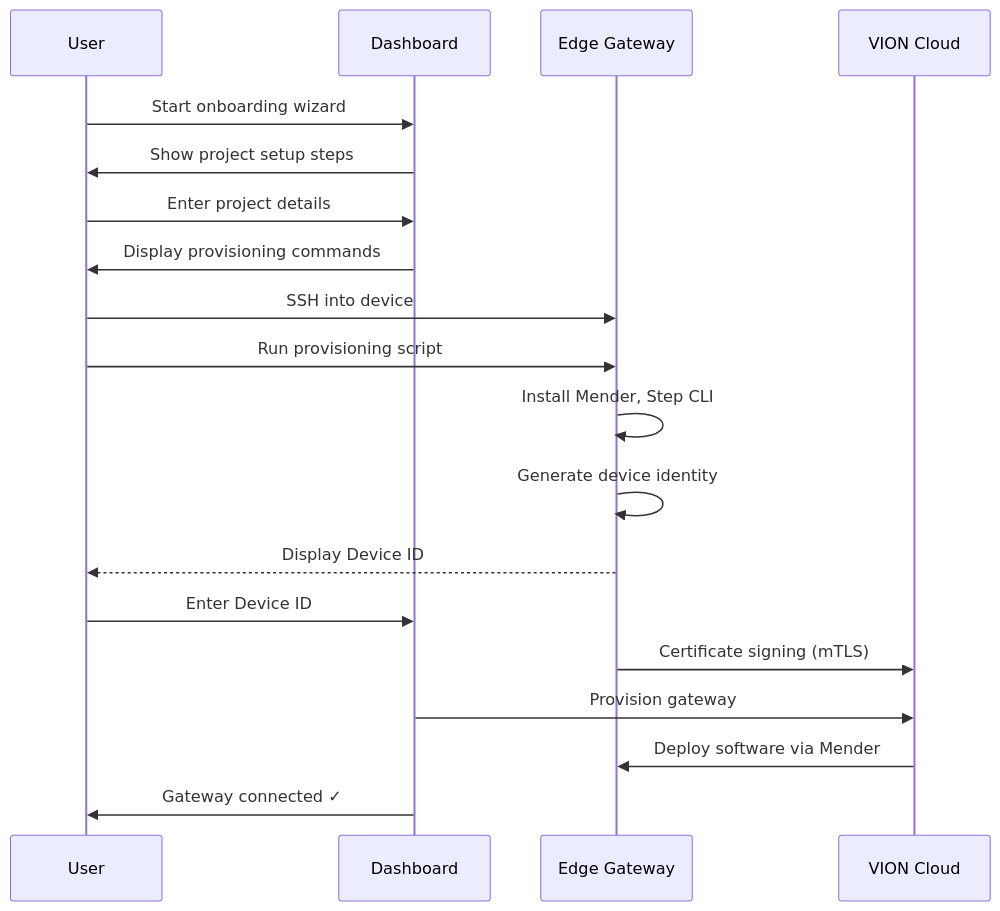
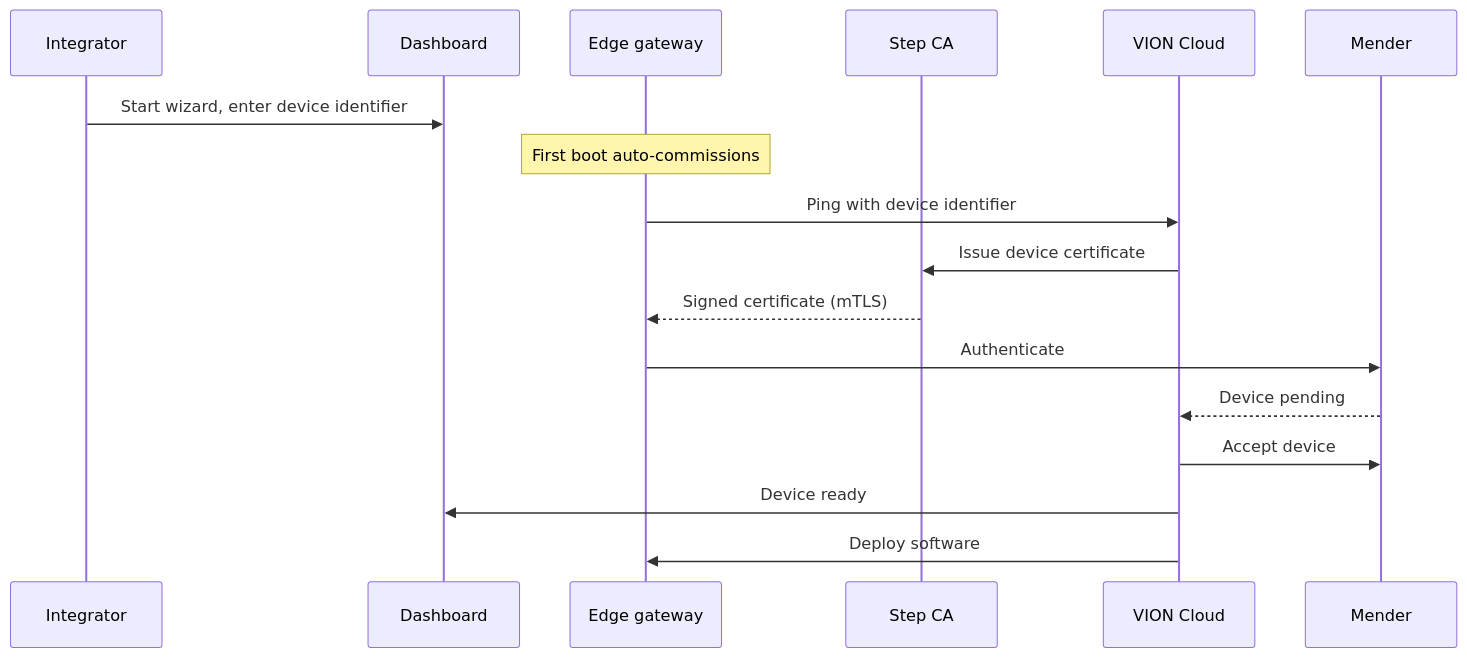
One commit to VION-IoT/documentation changed the diagram in docs/edge-gateway/onboarding.md. Above: the diagram before and after it, drawn with Mermaid. The commit also changed other lines of this file and 20 other files, not shown here.

First line of the commit message:
docs: refresh for scenarios, emission policy, Mender onboarding, tenant observability, library sharing (#15)

````diff
--- a/docs/edge-gateway/onboarding.md
+++ b/docs/edge-gateway/onboarding.md
@@ -12,22 +14,20 @@
 ```mermaid
 sequenceDiagram
-    participant User
+    participant User as Integrator
     participant Dashboard
-    participant Device as Edge Gateway
+    participant Gateway as Edge gateway
+    participant CA as Step CA
     participant Cloud as VION Cloud
+    participant Mender
 
-    User->>Dashboard: Start onboarding wizard
-    Dashboard->>User: Show project setup steps
-    User->>Dashboard: Enter project details
-    Dashboard->>User: Display provisioning commands
-    User->>Device: SSH into device
-    User->>Device: Run provisioning script
-    Device->>Device: Install Mender, Step CLI
-    Device->>Device: Generate device identity
-    Device-->>User: Display Device ID
-    User->>Dashboard: Enter Device ID
-    Device->>Cloud: Certificate signing (mTLS)
-    Dashboard->>Cloud: Provision gateway
-    Cloud->>Device: Deploy software via Mender
-    Dashboard->>User: Gateway connected ✓
+    User->>Dashboard: Start wizard, enter device identifier
+    Note over Gateway: First boot auto-commissions
+    Gateway->>Cloud: Ping with device identifier
+    Cloud->>CA: Issue device certificate
+    CA-->>Gateway: Signed certificate (mTLS)
+    Gateway->>Mender: Authenticate
+    Mender-->>Cloud: Device pending
+    Cloud->>Mender: Accept device
+    Cloud->>Dashboard: Device ready
+    Cloud->>Gateway: Deploy software
 ```
````
